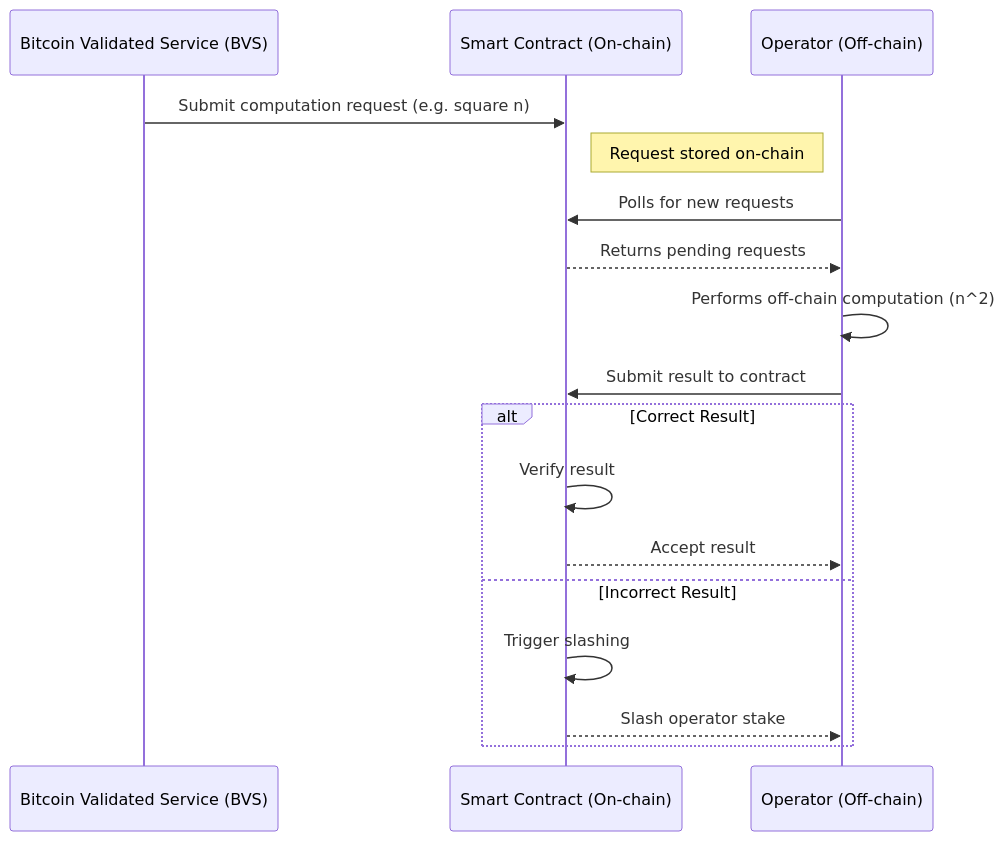
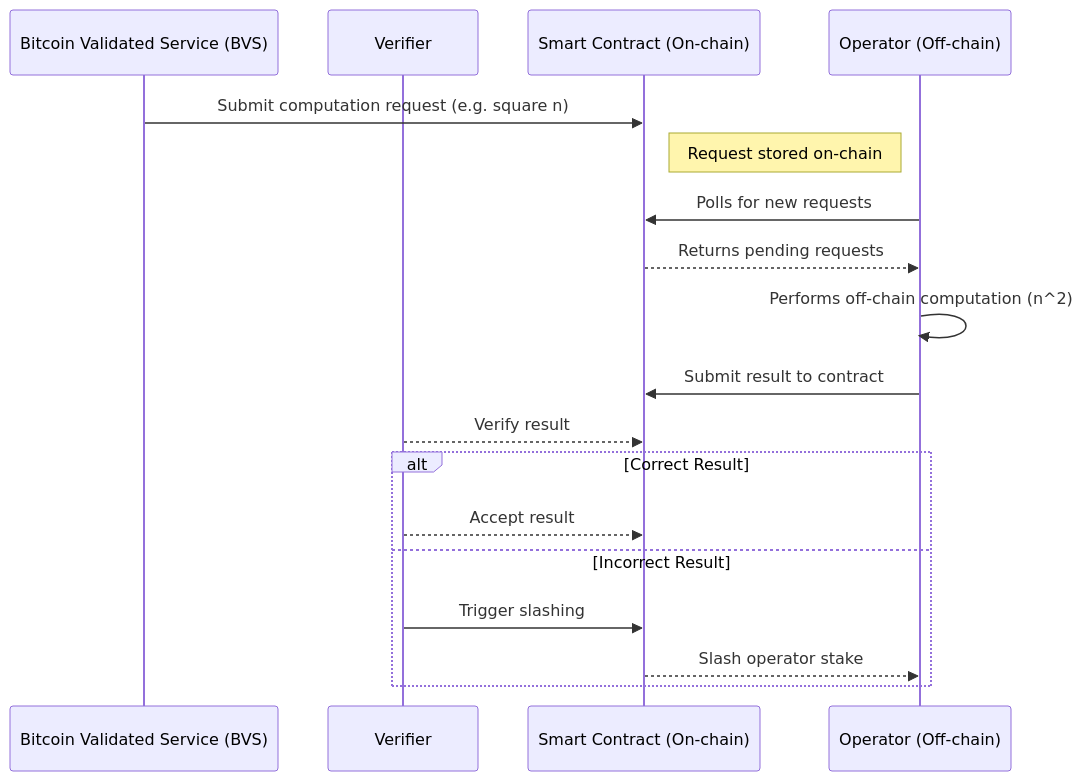
One commit to satlayer/satlayer-bvs changed the diagram in examples/cw/squaring/README.mdx. Above: the diagram before and after it, drawn with Mermaid. The commit also changed other lines of this file, not shown here.

Commit message:
feat: add verifier to squaring example

````diff
--- a/examples/cw/squaring/README.mdx
+++ b/examples/cw/squaring/README.mdx
@@ -84,23 +84,24 @@
 ```mermaid
 sequenceDiagram
     participant S as Bitcoin Validated Service (BVS)
+    participant V as Verifier
     participant C as Smart Contract (On-chain)
     participant O as Operator (Off-chain)
 
     S->>C: Submit computation request (e.g. square n)
     Note right of C: Request stored on-chain
 
     O->>C: Polls for new requests
     C-->>O: Returns pending requests
 
     O->>O: Performs off-chain computation (n^2)
     O->>C: Submit result to contract
+    V-->>C: Verify result
 
     alt Correct Result
-        C->>C: Verify result
-        C-->>O: Accept result
+        V-->>C: Accept result
     else Incorrect Result
-        C->>C: Trigger slashing
+        V->>C: Trigger slashing
         C-->>O: Slash operator stake
     end
 ```
````
